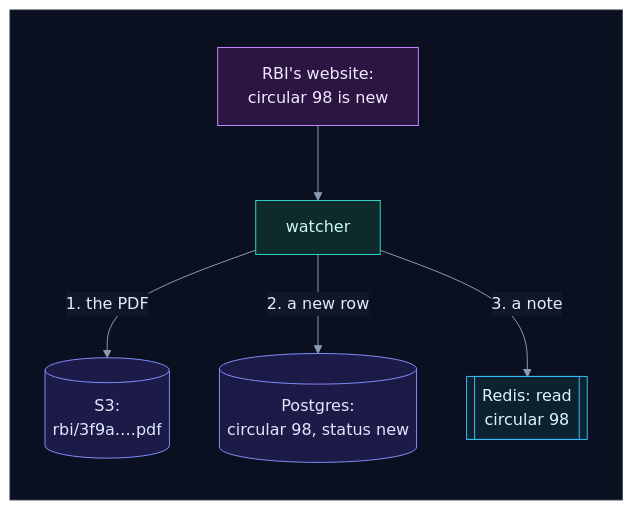
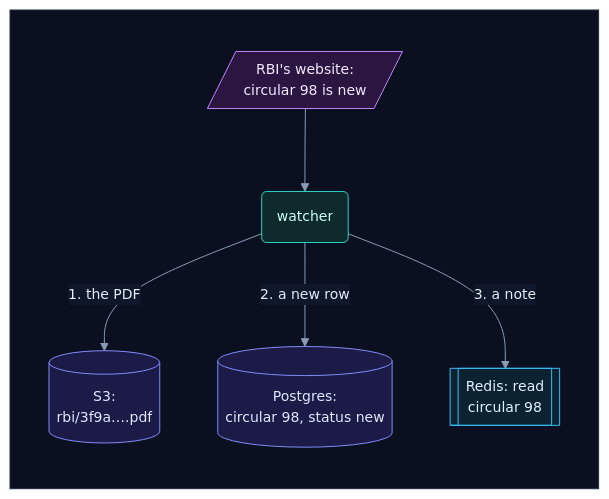
The sixth of 57 diagrams in how_it_works.md (selvakumarperumal/Regulatory_Circular_Impact_Agent), drawn with Mermaid before and after one commit. The commit also changed other lines of this file and 5 other files, not shown here.

Commit message:
Give the docs' flowcharts a shape per kind of part, more room and slightly smaller text

````diff
--- a/how_it_works.md
+++ b/how_it_works.md
@@ -402,26 +402,26 @@
 ```mermaid
-%%{init: {"theme": "base", "flowchart": {"diagramPadding": 0}, "themeVariables": {"darkMode": true, "primaryColor": "#16213a", "primaryTextColor": "#e6edf7", "primaryBorderColor": "#475a7a", "lineColor": "#8b9bb4", "secondaryColor": "#1b2436", "tertiaryColor": "#101a2e", "edgeLabelBackground": "#0f172a", "textColor": "#e2e8f0", "clusterBkg": "#0f1728", "clusterBorder": "#2b3a55", "titleColor": "#c4b5fd", "nodeTextColor": "#e6edf7"}}}%%
+%%{init: {"theme": "base", "flowchart": {"diagramPadding": 0, "nodeSpacing": 58, "rankSpacing": 58, "curve": "basis"}, "themeVariables": {"fontSize": "14px", "darkMode": true, "primaryColor": "#16213a", "primaryTextColor": "#e6edf7", "primaryBorderColor": "#475a7a", "lineColor": "#8b9bb4", "secondaryColor": "#1b2436", "tertiaryColor": "#101a2e", "edgeLabelBackground": "#0f172a", "textColor": "#e2e8f0", "clusterBkg": "#0f1728", "clusterBorder": "#2b3a55", "titleColor": "#c4b5fd", "nodeTextColor": "#e6edf7"}}}%%
 flowchart TD
     subgraph canvas[" "]
         direction TB
-        site["RBI's website:<br/>circular 98 is new"] --> w["watcher"]
+        site[/"RBI's website:<br/>circular 98 is new"/] --> w("watcher")
         w -->|"1. the PDF"| s3[("S3:<br/>rbi/3f9a….pdf")]
         w -->|"2. a new row"| db[("Postgres:<br/>circular 98, status new")]
         w -->|"3. a note"| q[["Redis: read<br/>circular 98"]]
     end
     classDef svc fill:#0e2a2c,stroke:#2dd4bf,color:#ccfbf1
     classDef data fill:#1c1a47,stroke:#818cf8,color:#e0e7ff
     classDef ext fill:#2a1640,stroke:#c084fc,color:#f3e8ff
     classDef gpu fill:#2d1b0c,stroke:#fb923c,color:#ffedd5
     classDef ask fill:#2a2410,stroke:#fbbf24,color:#fef3c7
     classDef ok fill:#0b2a1c,stroke:#34d399,color:#d1fae5
     classDef bad fill:#2e0f17,stroke:#fb7185,color:#ffe4e6
     classDef start fill:#1c2a0e,stroke:#a7ef6f,color:#ecfccb
     classDef muted fill:#1a2130,stroke:#64748b,color:#cbd5e1
     classDef queue fill:#0c2231,stroke:#38bdf8,color:#e0f2fe
     class site ext
     class w svc
     class s3,db data
     class q queue
     style canvas fill:#0b1020,stroke:#1e293b,color:#0b1020
 ```
````
